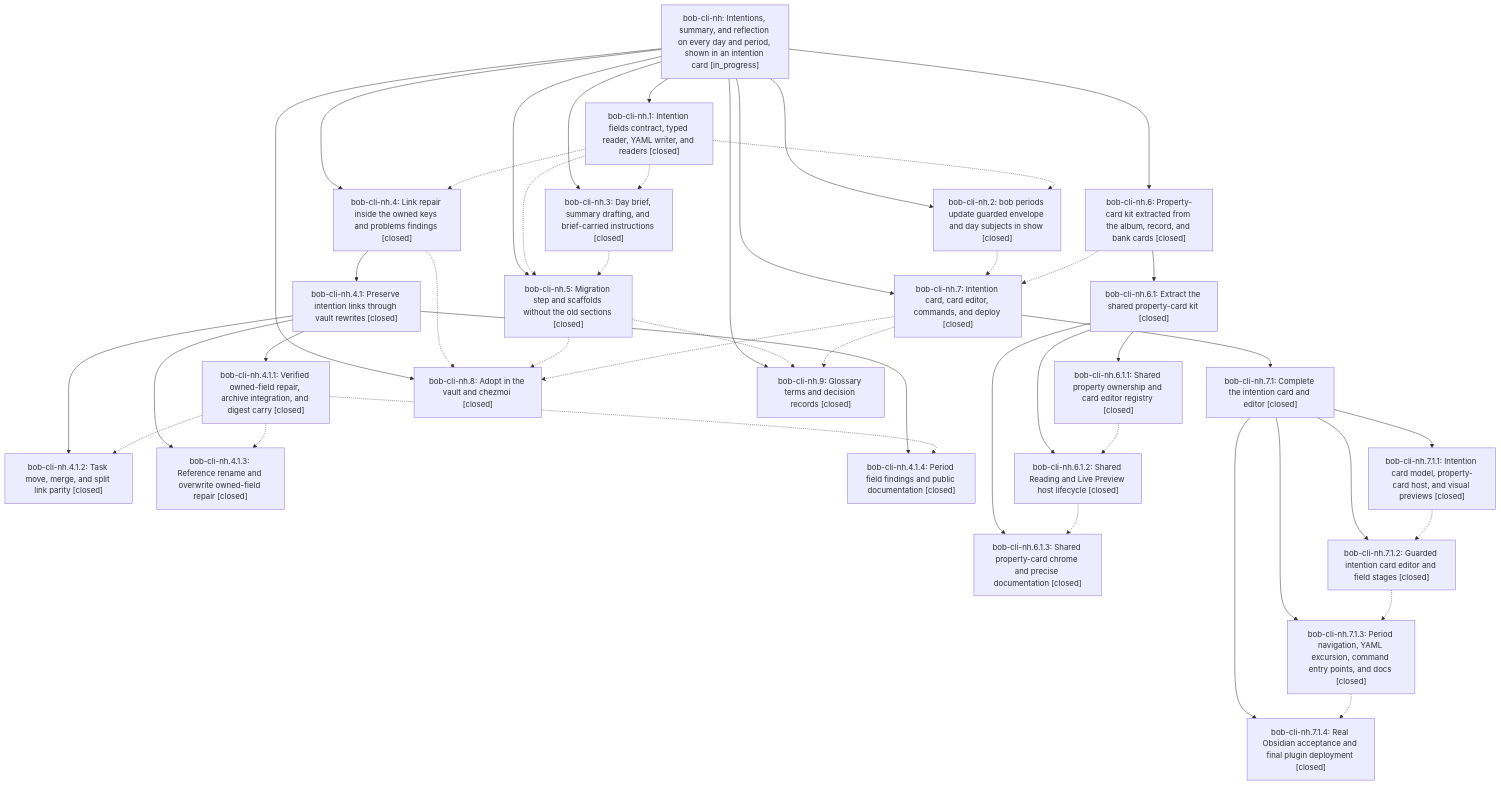
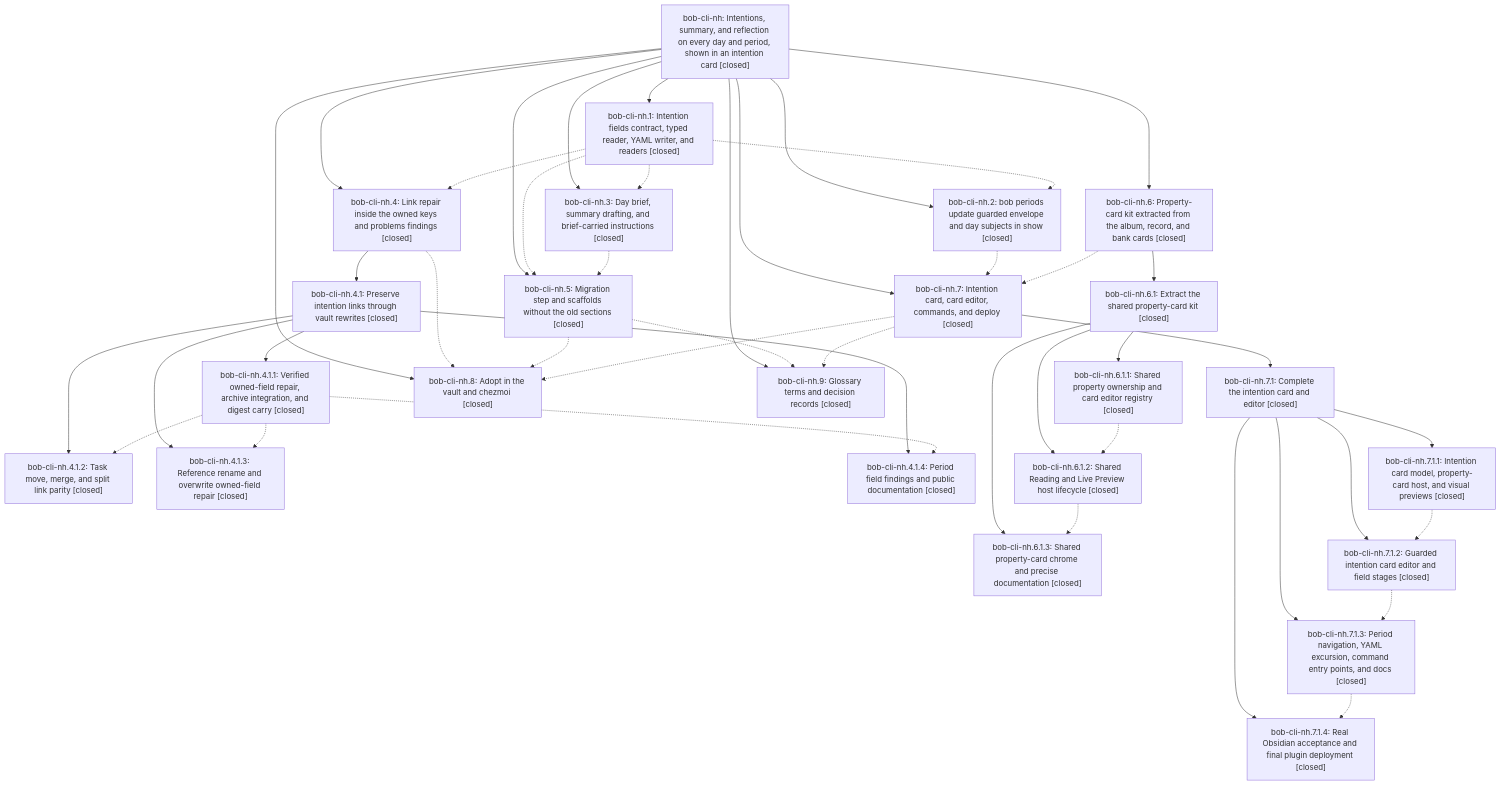
The diagram in pages/bob-cli-nh/README.md (bobs-org/bob-cli--beads), drawn with Mermaid before and after one commit. The commit also changed other lines of this file and 12 other files, not shown here.

First line of the commit message:
chore(beads): sync bead state and pages for bob-cli-nh

````diff
--- a/pages/bob-cli-nh/README.md
+++ b/pages/bob-cli-nh/README.md
@@ -78,70 +82,70 @@
 ```mermaid
 flowchart TD
-    n0["bob-cli-nh: Intentions, summary, and reflection on every day and period, shown in an intention card [in_progress]"]
+    n0["bob-cli-nh: Intentions, summary, and reflection on every day and period, shown in an intention card [closed]"]
     n1["bob-cli-nh.1: Intention fields contract, typed reader, YAML writer, and readers [closed]"]
     n2["bob-cli-nh.2: bob periods update guarded envelope and day subjects in show [closed]"]
     n3["bob-cli-nh.3: Day brief, summary drafting, and brief-carried instructions [closed]"]
     n4["bob-cli-nh.4: Link repair inside the owned keys and problems findings [closed]"]
     n5["bob-cli-nh.4.1: Preserve intention links through vault rewrites [closed]"]
     n6["bob-cli-nh.4.1.1: Verified owned-field repair, archive integration, and digest carry [closed]"]
     n7["bob-cli-nh.4.1.2: Task move, merge, and split link parity [closed]"]
     n8["bob-cli-nh.4.1.3: Reference rename and overwrite owned-field repair [closed]"]
     n9["bob-cli-nh.4.1.4: Period field findings and public documentation [closed]"]
     n10["bob-cli-nh.5: Migration step and scaffolds without the old sections [closed]"]
     n11["bob-cli-nh.6: Property-card kit extracted from the album, record, and bank cards [closed]"]
     n12["bob-cli-nh.6.1: Extract the shared property-card kit [closed]"]
     n13["bob-cli-nh.6.1.1: Shared property ownership and card editor registry [closed]"]
     n14["bob-cli-nh.6.1.2: Shared Reading and Live Preview host lifecycle [closed]"]
     n15["bob-cli-nh.6.1.3: Shared property-card chrome and precise documentation [closed]"]
     n16["bob-cli-nh.7: Intention card, card editor, commands, and deploy [closed]"]
     n17["bob-cli-nh.7.1: Complete the intention card and editor [closed]"]
     n18["bob-cli-nh.7.1.1: Intention card model, property-card host, and visual previews [closed]"]
     n19["bob-cli-nh.7.1.2: Guarded intention card editor and field stages [closed]"]
     n20["bob-cli-nh.7.1.3: Period navigation, YAML excursion, command entry points, and docs [closed]"]
     n21["bob-cli-nh.7.1.4: Real Obsidian acceptance and final plugin deployment [closed]"]
     n22["bob-cli-nh.8: Adopt in the vault and chezmoi [closed]"]
     n23["bob-cli-nh.9: Glossary terms and decision records [closed]"]
     n0 --> n1
     n0 --> n2
     n0 --> n3
     n0 --> n4
     n4 --> n5
     n5 --> n6
     n5 --> n7
     n5 --> n8
     n5 --> n9
     n0 --> n10
     n0 --> n11
     n11 --> n12
     n12 --> n13
     n12 --> n14
     n12 --> n15
     n0 --> n16
     n16 --> n17
     n17 --> n18
     n17 --> n19
     n17 --> n20
     n17 --> n21
     n0 --> n22
     n0 --> n23
     n1 -.-> n2
     n1 -.-> n3
     n1 -.-> n4
     n1 -.-> n10
     n2 -.-> n16
     n3 -.-> n10
     n4 -.-> n22
     n6 -.-> n7
     n6 -.-> n8
     n6 -.-> n9
     n10 -.-> n22
     n10 -.-> n23
     n11 -.-> n16
     n13 -.-> n14
     n14 -.-> n15
     n16 -.-> n22
     n16 -.-> n23
     n18 -.-> n19
     n19 -.-> n20
     n20 -.-> n21
 ```
````
